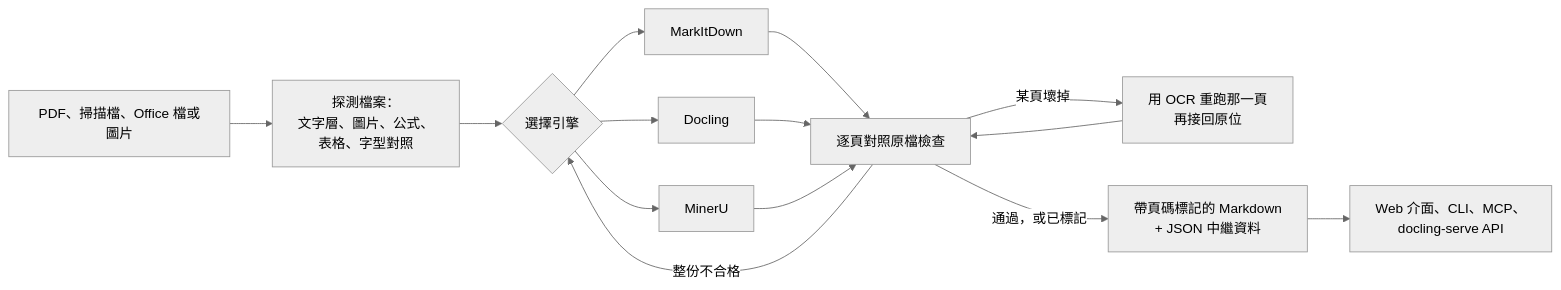
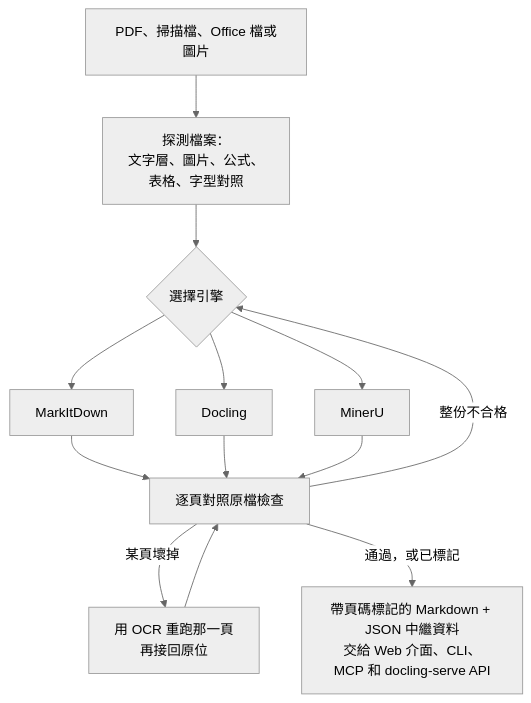
Before and after one commit to romanticamaj/doc4ai-studio: the diagram in README.zh-TW.md, drawn with Mermaid (neutral theme). The commit also changed 1 other file, not shown here.

Commit message:
docs(readme): draw the flow top-down so GitHub renders it at a readable size
Claude-Session: https://claude.ai/code/session_0175gLq9uam6M5Z9yNNxM4Ba

````diff
--- a/README.zh-TW.md
+++ b/README.zh-TW.md
@@ -58,16 +58,15 @@
 ```mermaid
-flowchart LR
+flowchart TD
     IN["PDF、掃描檔、Office 檔或圖片"] --> PROBE["探測檔案：<br>文字層、圖片、公式、<br>表格、字型對照"]
     PROBE --> ROUTE{"選擇引擎"}
     ROUTE --> MD["MarkItDown"]
     ROUTE --> DL["Docling"]
     ROUTE --> MU["MinerU"]
     MD --> CHECK["逐頁對照原檔檢查"]
     DL --> CHECK
     MU --> CHECK
     CHECK -- "某頁壞掉" --> REPAIR["用 OCR 重跑那一頁<br>再接回原位"]
     REPAIR --> CHECK
     CHECK -- "整份不合格" --> ROUTE
-    CHECK -- "通過，或已標記" --> OUT["帶頁碼標記的 Markdown<br>+ JSON 中繼資料"]
-    OUT --> USE["Web 介面、CLI、MCP、<br>docling-serve API"]
+    CHECK -- "通過，或已標記" --> OUT["帶頁碼標記的 Markdown + JSON 中繼資料<br>交給 Web 介面、CLI、MCP 和 docling-serve API"]
 ```
````
